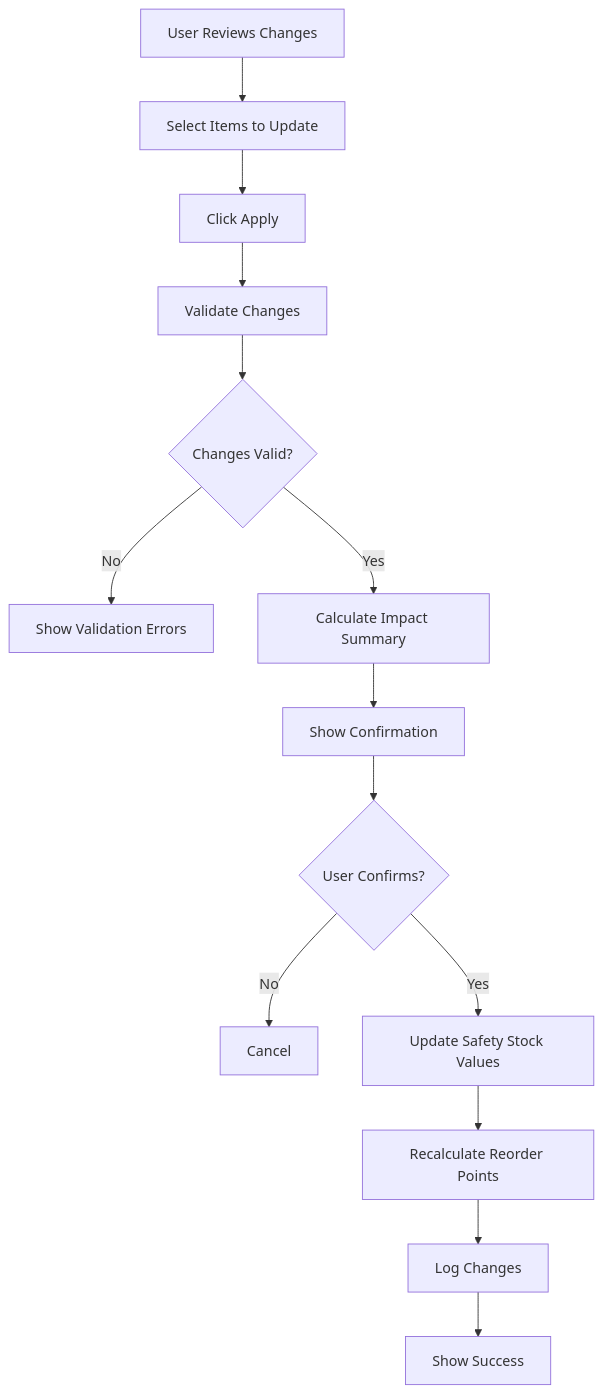
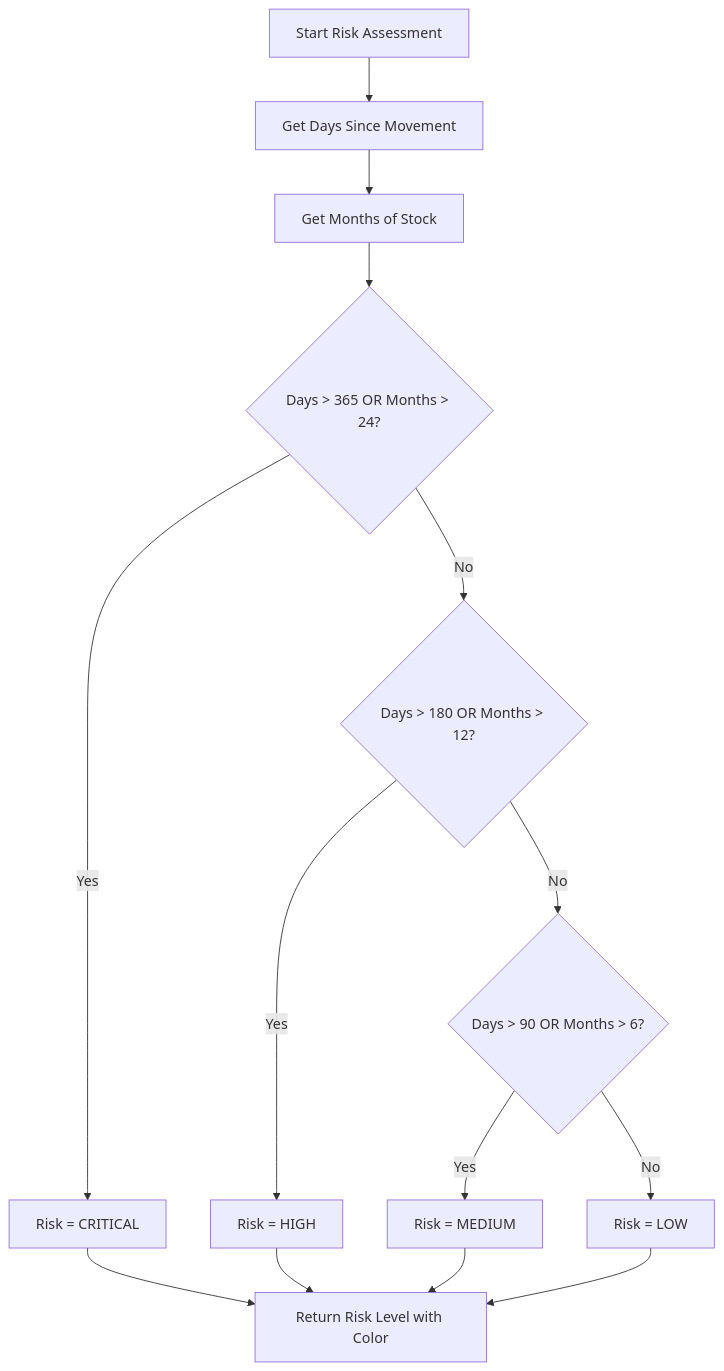
Before and after one commit to PeakMNA/carmen: diagram 12 of 32 in docs/app/operational-planning/inventory-planning/FD-inventory-planning.md, drawn with Mermaid. The commit also changed other lines of this file and 473 other files, not shown here.

````diff
--- a/docs/app/operational-planning/inventory-planning/FD-inventory-planning.md
+++ b/docs/app/operational-planning/inventory-planning/FD-inventory-planning.md
@@ -263,21 +289,20 @@
 ```mermaid
 graph TB
-    A[User Reviews Changes] --> B[Select Items to Update]
-    B --> C[Click Apply]
+    A[Start Risk Assessment] --> B[Get Days Since Movement]
+    B --> C[Get Months of Stock]
 
-    C --> D[Validate Changes]
-    D --> E{Changes Valid?}
+    C --> D{Days > 365 OR Months > 24?}
+    D -->|Yes| E[Risk = CRITICAL]
+    D -->|No| F{Days > 180 OR Months > 12?}
 
-    E -->|No| F[Show Validation Errors]
-    E -->|Yes| G[Calculate Impact Summary]
+    F -->|Yes| G[Risk = HIGH]
+    F -->|No| H{Days > 90 OR Months > 6?}
 
-    G --> H[Show Confirmation]
-    H --> I{User Confirms?}
+    H -->|Yes| I[Risk = MEDIUM]
+    H -->|No| J[Risk = LOW]
 
-    I -->|No| J[Cancel]
-    I -->|Yes| K[Update Safety Stock Values]
-
-    K --> L[Recalculate Reorder Points]
-    L --> M[Log Changes]
-    M --> N[Show Success]
+    E --> K[Return Risk Level with Color]
+    G --> K
+    I --> K
+    J --> K
 ```
````
